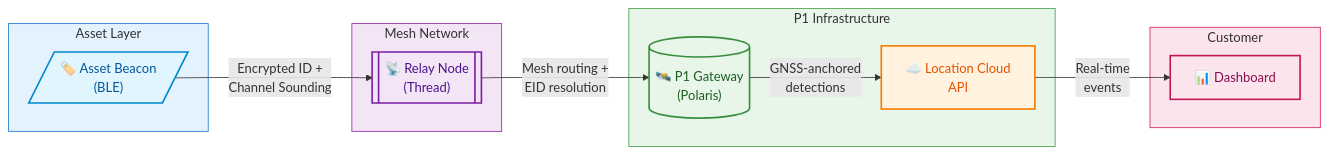
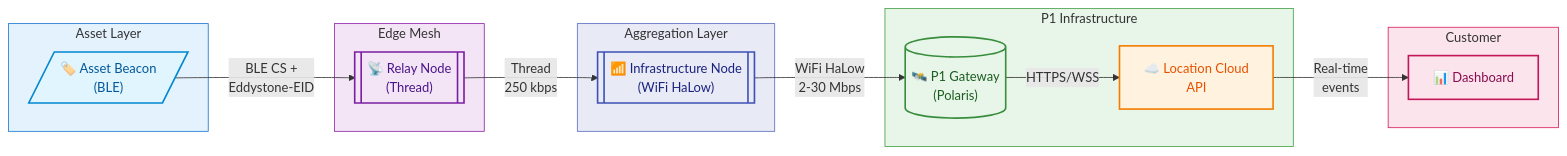
The first of 10 diagrams in Ubiquitous_Location-Extending_P1s_Platform_from_Outdoor_GNSS_to_Indoor_and_Asset-Level_Visibility/Ubiquitous_Location-Extending_P1s_Platform_from_Outdoor_GNSS_to_Indoor_and_Asset-Level_Visibility.md (rlourette/ArticlesPapers), drawn with Mermaid before and after one commit. The commit also changed other lines of this file, not shown here.

````diff
--- a/Ubiquitous_Location-Extending_P1s_Platform_from_Outdoor_GNSS_to_Indoor_and_Asset-Level_Visibility/Ubiquitous_Location-Extending_P1s_Platform_from_Outdoor_GNSS_to_Indoor_and_Asset-Level_Visibility.md
+++ b/Ubiquitous_Location-Extending_P1s_Platform_from_Outdoor_GNSS_to_Indoor_and_Asset-Level_Visibility/Ubiquitous_Location-Extending_P1s_Platform_from_Outdoor_GNSS_to_Indoor_and_Asset-Level_Visibility.md
@@ -132,35 +176,42 @@
 ```mermaid
 flowchart LR
     subgraph Sources["Asset Layer"]
         AB[/"🏷️ Asset Beacon<br/>(BLE)"/]
     end
     
-    subgraph Mesh["Mesh Network"]
+    subgraph Edge["Edge Mesh"]
         RN[["📡 Relay Node<br/>(Thread)"]]
+    end
+    
+    subgraph Aggregation["Aggregation Layer"]
+        INF[["📶 Infrastructure Node<br/>(WiFi HaLow)"]]
     end
     
     subgraph Infrastructure["P1 Infrastructure"]
         GW[("🛰️ P1 Gateway<br/>(Polaris)")]
         API["☁️ Location Cloud<br/>API"]
     end
     
     subgraph Customer["Customer"]
         DASH["📊 Dashboard"]
     end
     
-    AB -->|"Encrypted ID +<br/>Channel Sounding"| RN
-    RN -->|"Mesh routing +<br/>EID resolution"| GW
-    GW -->|"GNSS-anchored<br/>detections"| API
+    AB -->|"BLE CS +<br/>Eddystone-EID"| RN
+    RN -->|"Thread<br/>250 kbps"| INF
+    INF -->|"WiFi HaLow<br/>2-30 Mbps"| GW
+    GW -->|"HTTPS/WSS"| API
     API -->|"Real-time<br/>events"| DASH
     
     style AB fill:#e1f5fe,stroke:#0288d1,stroke-width:2px,color:#01579b
     style RN fill:#f3e5f5,stroke:#7b1fa2,stroke-width:2px,color:#4a148c
+    style INF fill:#e8eaf6,stroke:#3f51b5,stroke-width:2px,color:#1a237e
     style GW fill:#e8f5e9,stroke:#388e3c,stroke-width:2px,color:#1b5e20
     style API fill:#fff3e0,stroke:#f57c00,stroke-width:2px,color:#e65100
     style DASH fill:#fce4ec,stroke:#c2185b,stroke-width:2px,color:#880e4f
     
     style Sources fill:#e3f2fd,stroke:#1976d2,stroke-width:1px
-    style Mesh fill:#f3e5f5,stroke:#8e24aa,stroke-width:1px
+    style Edge fill:#f3e5f5,stroke:#8e24aa,stroke-width:1px
+    style Aggregation fill:#e8eaf6,stroke:#5c6bc0,stroke-width:1px
     style Infrastructure fill:#e8f5e9,stroke:#43a047,stroke-width:1px
     style Customer fill:#fce4ec,stroke:#d81b60,stroke-width:1px
 ```
````
